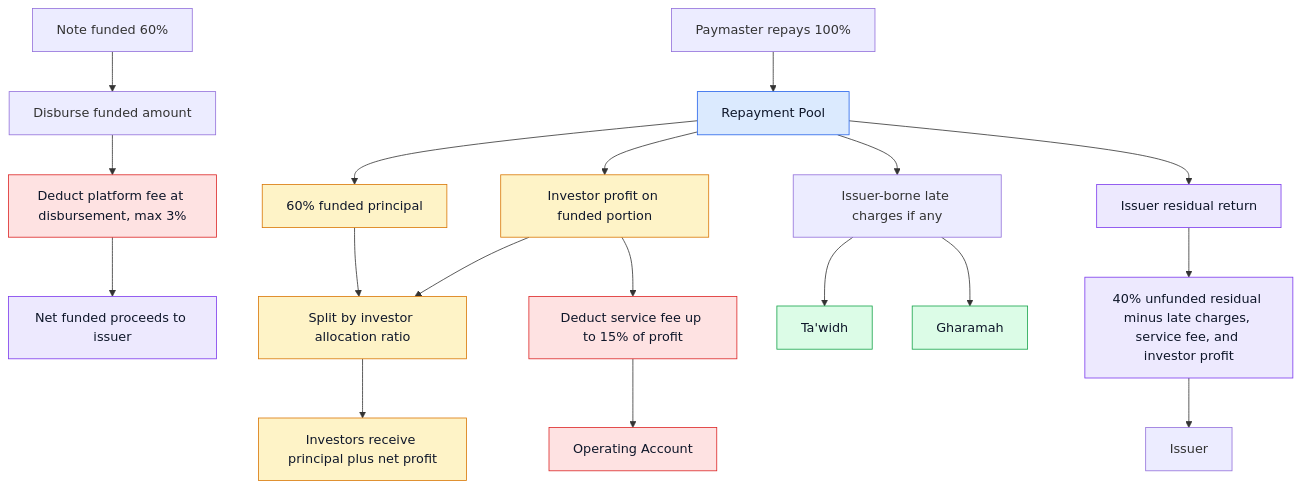
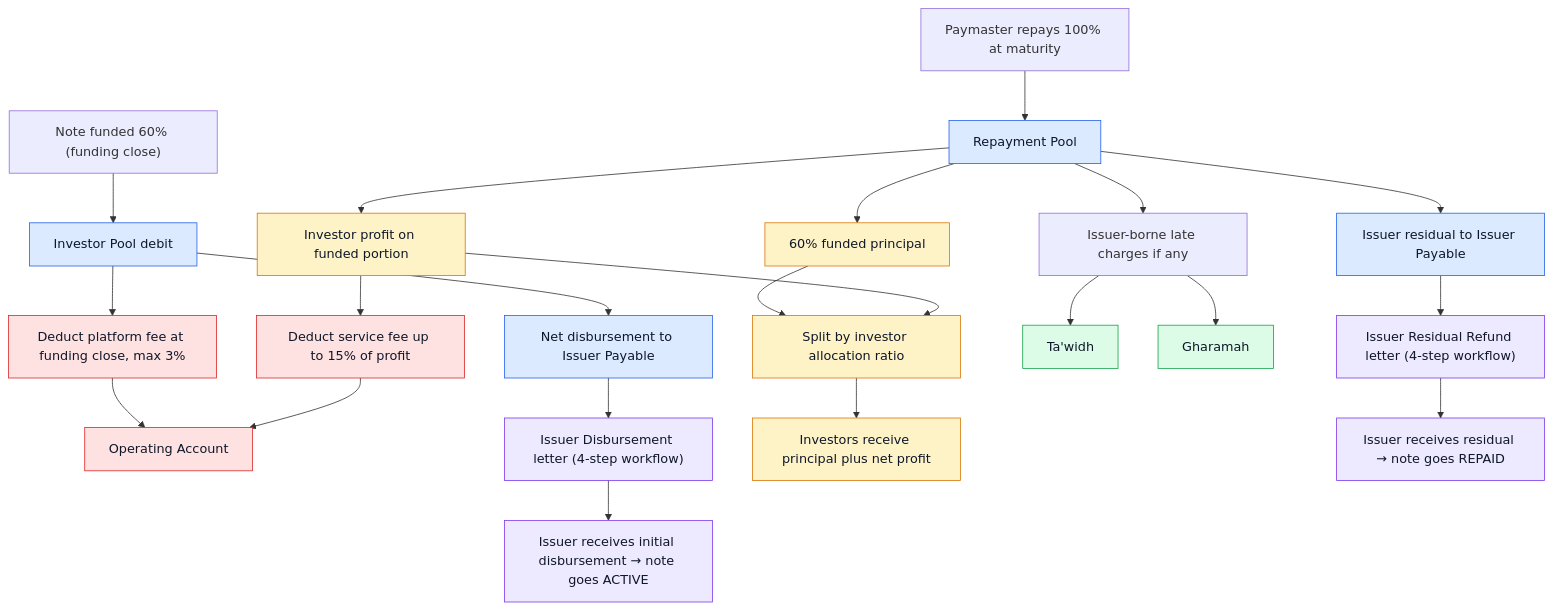
One commit to Malcan-Technologies/shoraka changed the second of 2 diagrams in packages/help-content/markdown/admin-note-money-flow.md. Above: the diagram before and after it, drawn with Mermaid. The commit also changed other lines of this file and 58 other files, not shown here.

````diff
--- a/packages/help-content/markdown/admin-note-money-flow.md
+++ b/packages/help-content/markdown/admin-note-money-flow.md
@@ -114,32 +193,35 @@
 ```mermaid
 flowchart TD
-  funded["Note funded 60%"] --> disburse["Disburse funded amount"]
-  disburse --> platformFee["Deduct platform fee at disbursement, max 3%"]
-  platformFee --> issuerNet["Net funded proceeds to issuer"]
-  paymaster["Paymaster repays 100%"] --> repaymentPool["Repayment Pool"]
+  funded["Note funded 60% (funding close)"] --> investorPool["Investor Pool debit"]
+  investorPool --> platformFee["Deduct platform fee at funding close, max 3%"]
+  platformFee --> operating["Operating Account"]
+  investorPool --> issuerPayableInit["Net disbursement to Issuer Payable"]
+  issuerPayableInit --> disburseLetter["Issuer Disbursement letter (4-step workflow)"]
+  disburseLetter --> issuer1["Issuer receives initial disbursement → note goes ACTIVE"]
+  paymaster["Paymaster repays 100% at maturity"] --> repaymentPool["Repayment Pool"]
   repaymentPool --> investorPrincipal["60% funded principal"]
   repaymentPool --> investorProfit["Investor profit on funded portion"]
   investorProfit --> serviceFee["Deduct service fee up to 15% of profit"]
-  serviceFee --> operating["Operating Account"]
+  serviceFee --> operating
   investorPrincipal --> investorRatio["Split by investor allocation ratio"]
   investorProfit --> investorRatio
   investorRatio --> investors["Investors receive principal plus net profit"]
   repaymentPool --> lateFees["Issuer-borne late charges if any"]
   lateFees --> tawidh["Ta'widh"]
   lateFees --> gharamah["Gharamah"]
-  repaymentPool --> issuerResidual["Issuer residual return"]
-  issuerResidual --> formula["40% unfunded residual minus late charges, service fee, and investor profit"]
-  formula --> issuer["Issuer"]
+  repaymentPool --> issuerPayableResid["Issuer residual to Issuer Payable"]
+  issuerPayableResid --> residualLetter["Issuer Residual Refund letter (4-step workflow)"]
+  residualLetter --> issuer2["Issuer receives residual → note goes REPAID"]
 
-  class repaymentPool pool
+  class repaymentPool,investorPool,issuerPayableInit,issuerPayableResid pool
   class platformFee,serviceFee,operating fee
   class tawidh,gharamah syariahAccount
   class investorPrincipal,investorProfit,investorRatio,investors investorStep
-  class issuerNet,issuerResidual,formula issuerStep
+  class disburseLetter,residualLetter,issuer1,issuer2 issuerStep
 
   classDef pool fill:#dbeafe,stroke:#2563eb,color:#0f172a
   classDef fee fill:#fee2e2,stroke:#dc2626,color:#0f172a
   classDef syariahAccount fill:#dcfce7,stroke:#16a34a,color:#0f172a
   classDef investorStep fill:#fef3c7,stroke:#d97706,color:#0f172a
   classDef issuerStep fill:#ede9fe,stroke:#7c3aed,color:#0f172a
 ```
````
